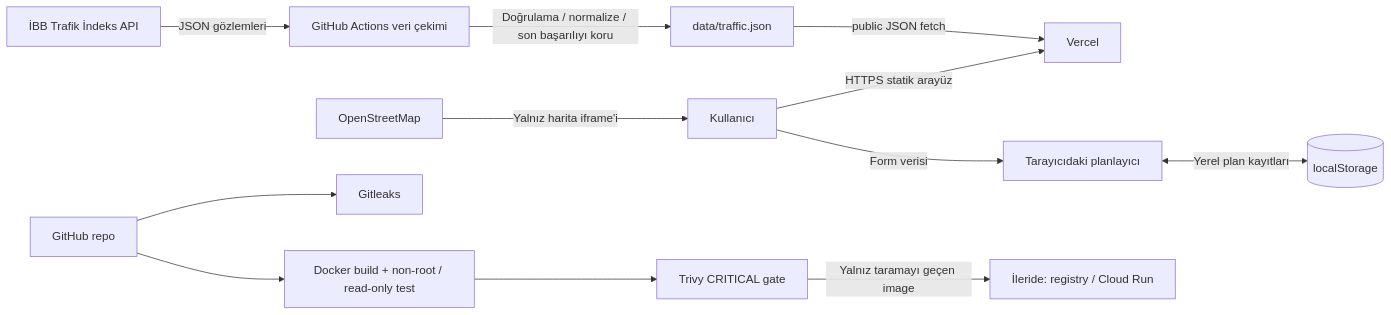
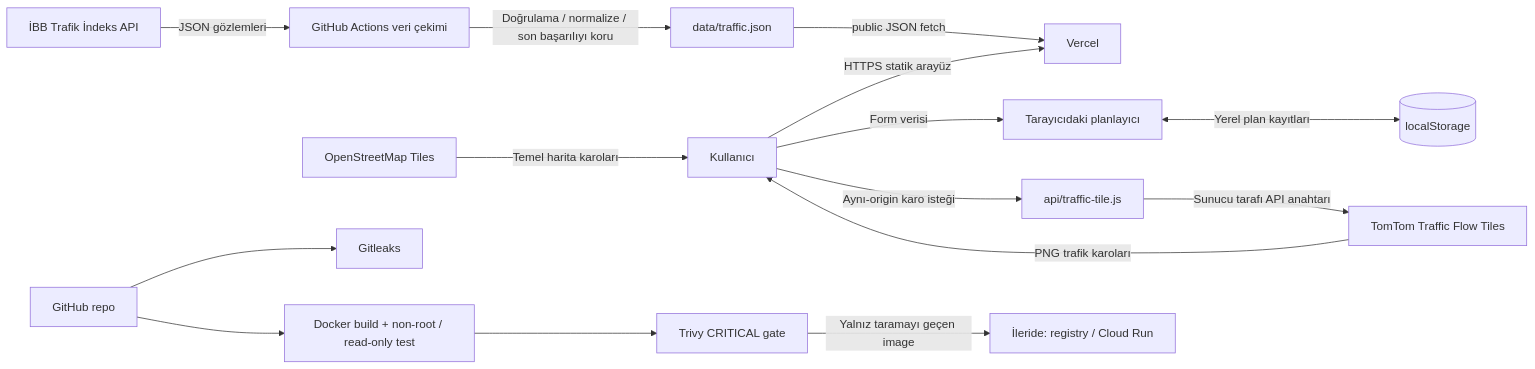
Before and after one commit to oguzhansapmaz/kurye-cikis-saati-planlayici: the diagram in docs/architecture.md, drawn with Mermaid. The commit also changed other lines of this file and 12 other files, not shown here.

Commit message:
Integrate TomTom live traffic map

````diff
--- a/docs/architecture.md
+++ b/docs/architecture.md
@@ -16,14 +17,17 @@
 ```mermaid
 flowchart LR
     U[Kullanıcı] -->|HTTPS statik arayüz| V[Vercel]
     U -->|Form verisi| P[Tarayıcıdaki planlayıcı]
     P <--> |Yerel plan kayıtları| L[(localStorage)]
     I[İBB Trafik İndeks API] -->|JSON gözlemleri| A[GitHub Actions veri çekimi]
     A -->|Doğrulama / normalize / son başarılıyı koru| D[data/traffic.json]
     D -->|public JSON fetch| V
-    O[OpenStreetMap] -->|Yalnız harita iframe'i| U
+    O[OpenStreetMap Tiles] -->|Temel harita karoları| U
+    U -->|Aynı-origin karo isteği| T[api/traffic-tile.js]
+    T -->|Sunucu tarafı API anahtarı| TT[TomTom Traffic Flow Tiles]
+    TT -->|PNG trafik karoları| U
     G[GitHub repo] --> S[Gitleaks]
     G --> B[Docker build + non-root / read-only test]
-    B --> T[Trivy CRITICAL gate]
-    T -->|Yalnız taramayı geçen image| R[İleride: registry / Cloud Run]
+    B --> TV[Trivy CRITICAL gate]
+    TV -->|Yalnız taramayı geçen image| R[İleride: registry / Cloud Run]
 ```
````
